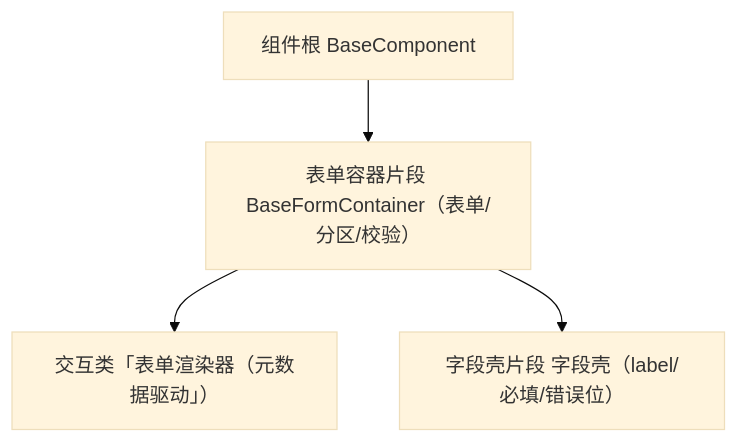
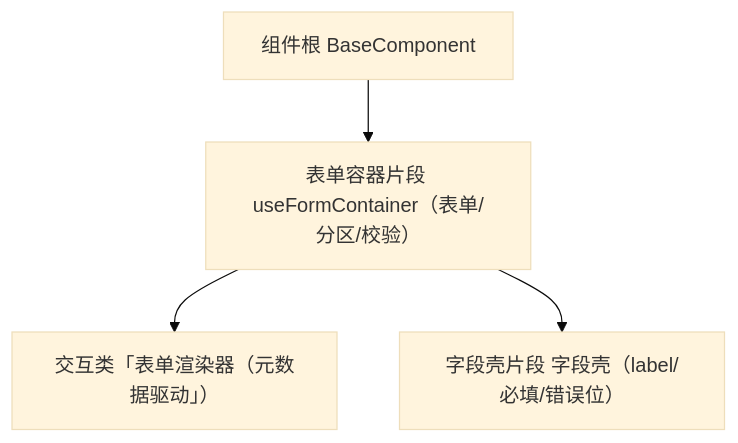
Before and after one commit to minjian123/basic-management-system: the diagram in bms文档/设计/组件设计/02_基础组件类/02_能力片段/05_组件设计_表单容器片段/05_组件设计_表单容器片段.md, drawn with Mermaid (base theme). The commit also changed other lines of this file and 30 other files, not shown here.

````diff
--- a/bms文档/设计/组件设计/02_基础组件类/02_能力片段/05_组件设计_表单容器片段/05_组件设计_表单容器片段.md
+++ b/bms文档/设计/组件设计/02_基础组件类/02_能力片段/05_组件设计_表单容器片段/05_组件设计_表单容器片段.md
@@ -15,6 +15,6 @@
 ```mermaid
 flowchart TD
-    COMP["组件根 BaseComponent"] --> FC["表单容器片段 BaseFormContainer（表单/分区/校验）"]
+    COMP["组件根 BaseComponent"] --> FC["表单容器片段 useFormContainer（表单/分区/校验）"]
     FC --> R["交互类「表单渲染器（元数据驱动」）"]
     FC --> C["字段壳片段 字段壳（label/必填/错误位）"]
 ```
````
